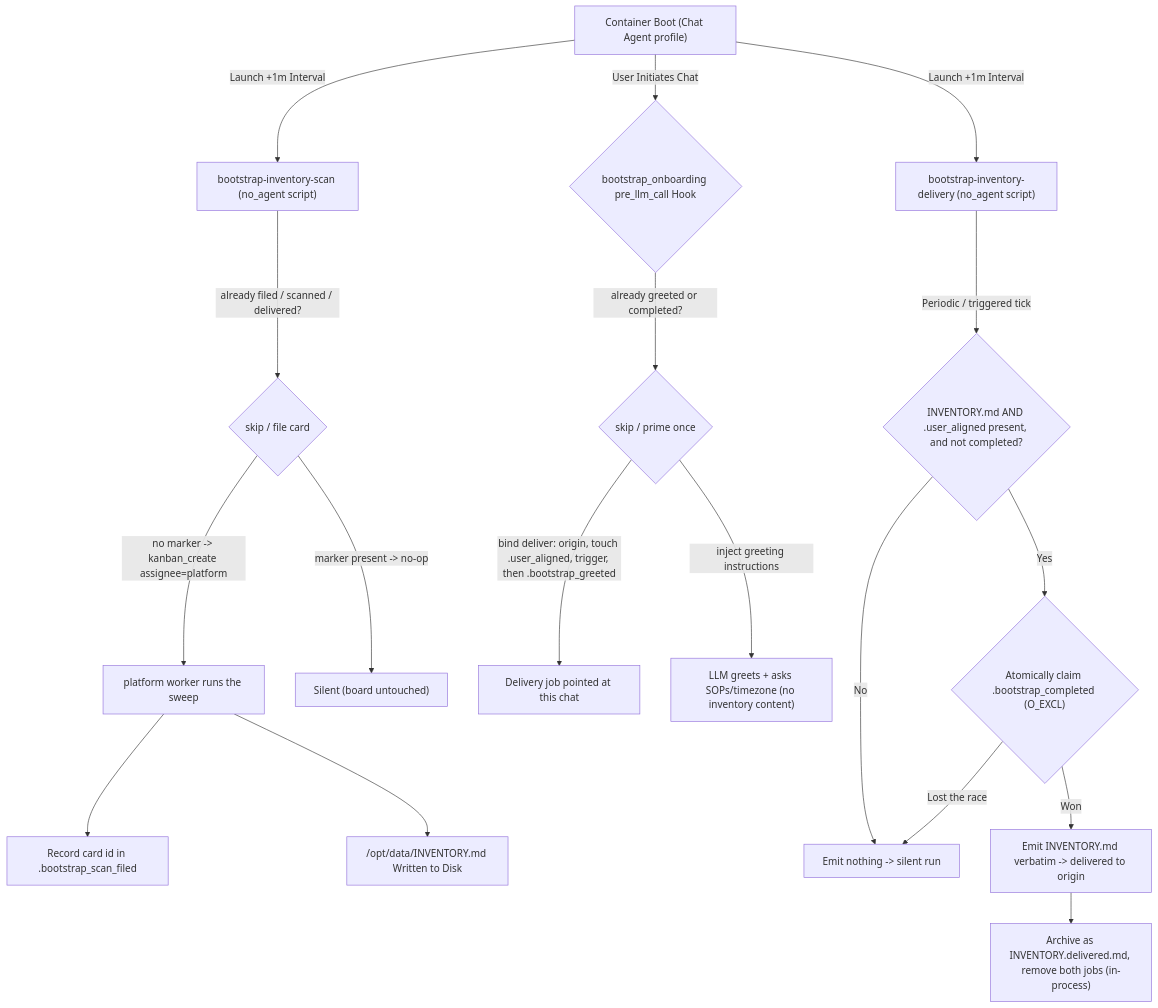
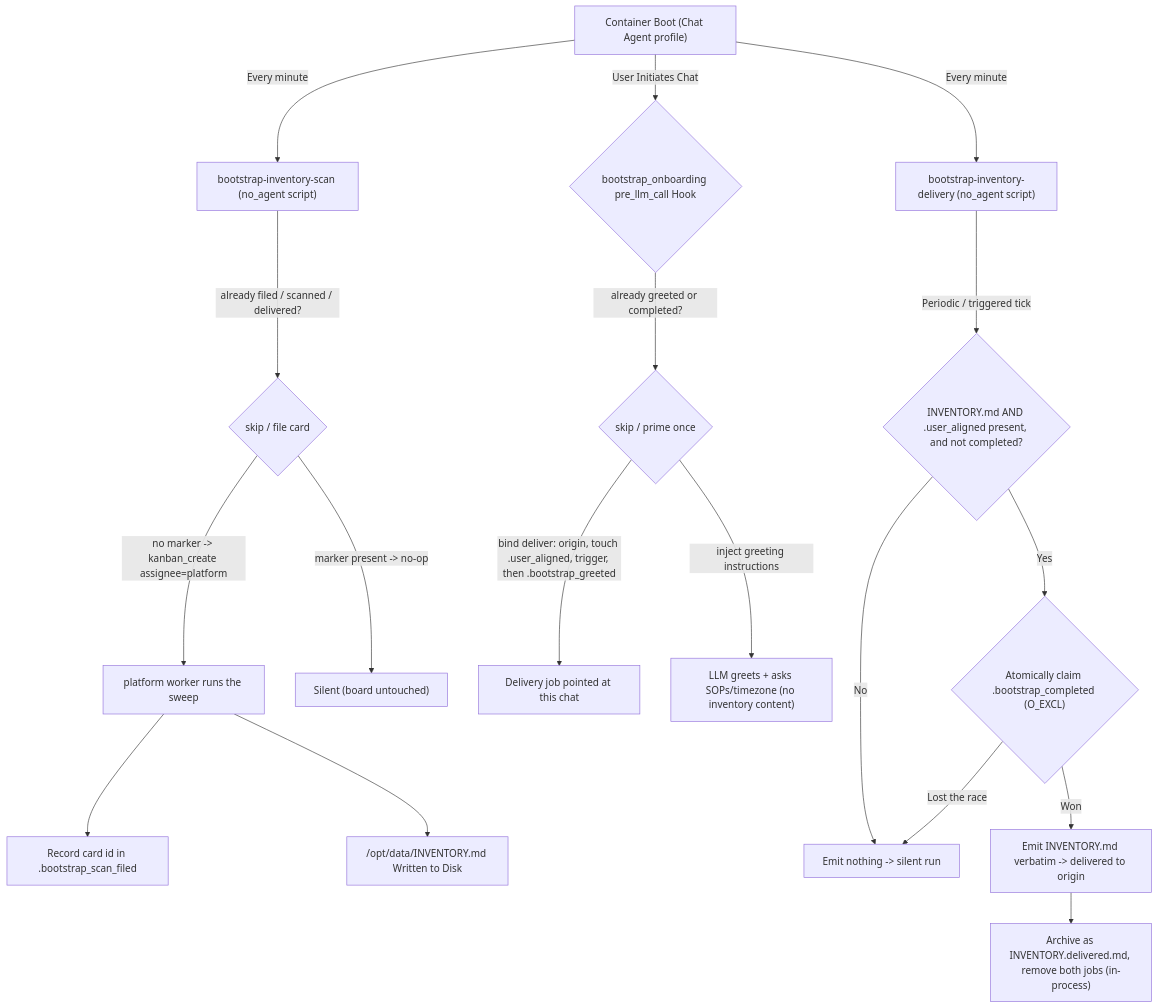
Before and after one commit to gke-labs/kube-agents: the first of 3 diagrams in agents/chat/defaults/plugins/bootstrap_onboarding/README.md, drawn with Mermaid. The commit also changed other lines of this file and 48 other files, not shown here.

````diff
--- a/agents/chat/defaults/plugins/bootstrap_onboarding/README.md
+++ b/agents/chat/defaults/plugins/bootstrap_onboarding/README.md
@@ -42,23 +44,23 @@
 ```mermaid
 graph TD
-    A["Container Boot (Chat Agent profile)"] -->|Launch +1m Interval| B["bootstrap-inventory-scan (no_agent script)"]
-    A -->|Launch +1m Interval| C["bootstrap-inventory-delivery (no_agent script)"]
+    A["Container Boot (Chat Agent profile)"] -->|Every minute| B["bootstrap-inventory-scan (no_agent script)"]
+    A -->|Every minute| C["bootstrap-inventory-delivery (no_agent script)"]
     A -->|User Initiates Chat| D{"bootstrap_onboarding pre_llm_call Hook"}
 
     B -->|already filed / scanned / delivered?| B2{"skip / file card"}
     B2 -->|no marker -> kanban_create assignee=platform| P["platform worker runs the sweep"]
     P --> PM["Record card id in .bootstrap_scan_filed"]
     P --> E["/opt/data/INVENTORY.md Written to Disk"]
     B2 -->|marker present -> no-op| F["Silent (board untouched)"]
 
     D -->|already greeted or completed?| DG{"skip / prime once"}
     DG -->|bind deliver: origin, touch .user_aligned, trigger, then .bootstrap_greeted| G["Delivery job pointed at this chat"]
     DG -->|inject greeting instructions| H["LLM greets + asks SOPs/timezone (no inventory content)"]
 
     C -->|Periodic / triggered tick| I{"INVENTORY.md AND .user_aligned present, and not completed?"}
     I -->|No| J["Emit nothing -> silent run"]
     I -->|Yes| CL{"Atomically claim .bootstrap_completed (O_EXCL)"}
     CL -->|Lost the race| J
     CL -->|Won| K["Emit INVENTORY.md verbatim -> delivered to origin"]
     K --> L["Archive as INVENTORY.delivered.md, remove both jobs (in-process)"]
 ```
````
